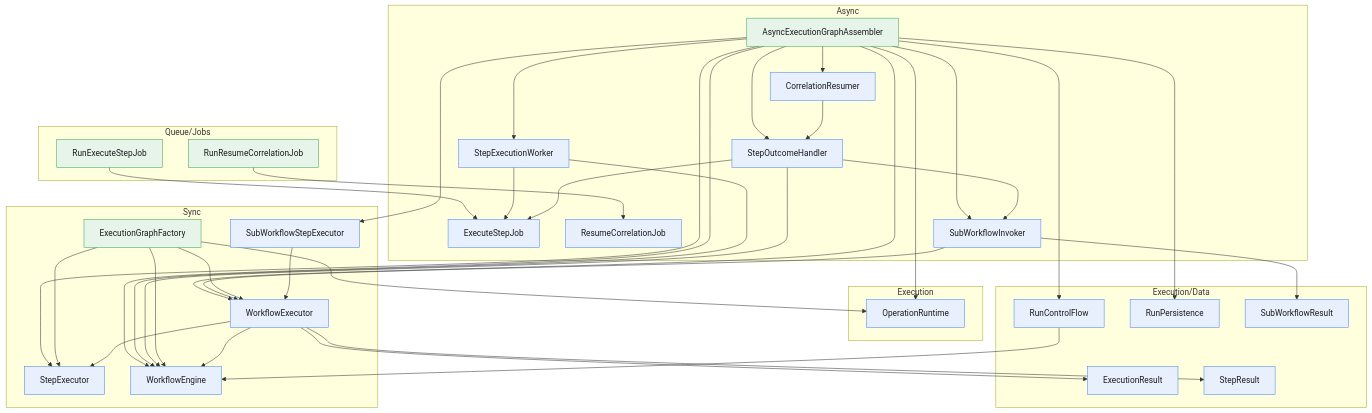
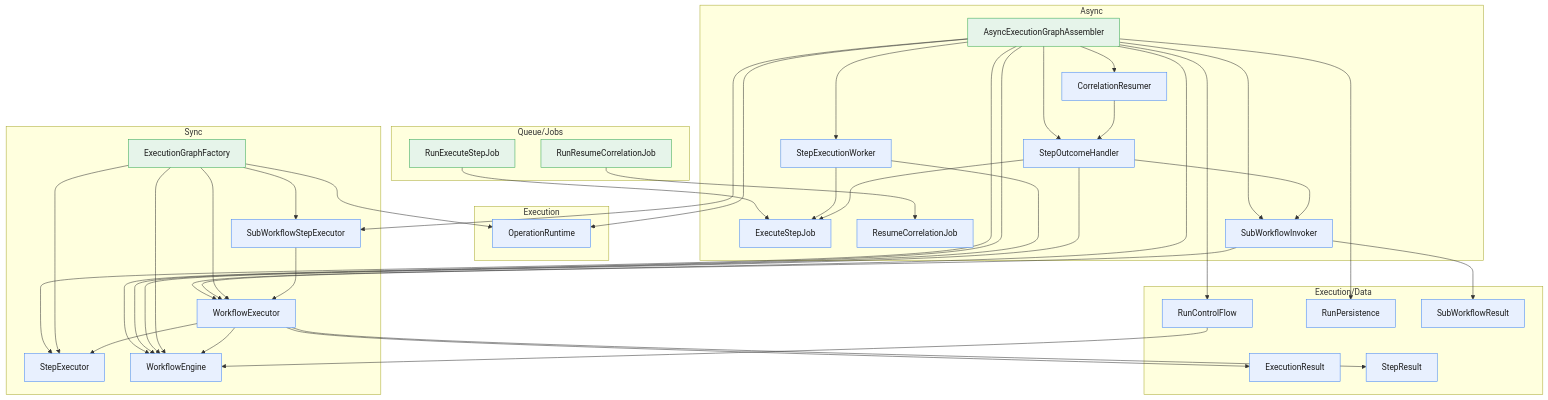
One commit to Mohammed-Alama/php-arazzo changed the diagram in docs/generated/pipeline-flow.md. Above: the diagram before and after it, drawn with Mermaid. The commit also changed other lines of this file and 14 other files, not shown here.

````diff
--- a/docs/generated/pipeline-flow.md
+++ b/docs/generated/pipeline-flow.md
@@ -12,67 +12,68 @@
 ```mermaid
 flowchart TD
     subgraph G_Async["Async"]
         Alama_Arazzo_Runner_Async_AsyncExecutionGraphAssembler["AsyncExecutionGraphAssembler"]:::entry
         Alama_Arazzo_Runner_Async_CorrelationResumer["CorrelationResumer"]:::service
         Alama_Arazzo_Runner_Async_ExecuteStepJob["ExecuteStepJob"]:::service
         Alama_Arazzo_Runner_Async_ResumeCorrelationJob["ResumeCorrelationJob"]:::service
         Alama_Arazzo_Runner_Async_StepExecutionWorker["StepExecutionWorker"]:::service
         Alama_Arazzo_Runner_Async_StepOutcomeHandler["StepOutcomeHandler"]:::service
         Alama_Arazzo_Runner_Async_SubWorkflowInvoker["SubWorkflowInvoker"]:::service
     end
     subgraph G_Execution["Execution"]
         Alama_Arazzo_Runner_Execution_OperationRuntime["OperationRuntime"]:::service
     end
     subgraph G_Execution_Data["Execution/Data"]
         Alama_Arazzo_Runner_Execution_Data_ExecutionResult["ExecutionResult"]:::service
         Alama_Arazzo_Runner_Execution_Data_RunControlFlow["RunControlFlow"]:::service
         Alama_Arazzo_Runner_Execution_Data_RunPersistence["RunPersistence"]:::service
         Alama_Arazzo_Runner_Execution_Data_StepResult["StepResult"]:::service
         Alama_Arazzo_Runner_Execution_Data_SubWorkflowResult["SubWorkflowResult"]:::service
     end
     subgraph G_Queue_Jobs["Queue/Jobs"]
         Alama_Arazzo_Laravel_Queue_Jobs_RunExecuteStepJob["RunExecuteStepJob"]:::entry
         Alama_Arazzo_Laravel_Queue_Jobs_RunResumeCorrelationJob["RunResumeCorrelationJob"]:::entry
     end
     subgraph G_Sync["Sync"]
         Alama_Arazzo_Runner_Sync_ExecutionGraphFactory["ExecutionGraphFactory"]:::entry
         Alama_Arazzo_Runner_Sync_StepExecutor["StepExecutor"]:::service
         Alama_Arazzo_Runner_Sync_SubWorkflowStepExecutor["SubWorkflowStepExecutor"]:::service
         Alama_Arazzo_Runner_Sync_WorkflowEngine["WorkflowEngine"]:::service
         Alama_Arazzo_Runner_Sync_WorkflowExecutor["WorkflowExecutor"]:::service
     end
     Alama_Arazzo_Laravel_Queue_Jobs_RunExecuteStepJob --> Alama_Arazzo_Runner_Async_ExecuteStepJob
     Alama_Arazzo_Laravel_Queue_Jobs_RunResumeCorrelationJob --> Alama_Arazzo_Runner_Async_ResumeCorrelationJob
     Alama_Arazzo_Runner_Async_AsyncExecutionGraphAssembler --> Alama_Arazzo_Runner_Async_CorrelationResumer
     Alama_Arazzo_Runner_Async_AsyncExecutionGraphAssembler --> Alama_Arazzo_Runner_Async_StepExecutionWorker
     Alama_Arazzo_Runner_Async_AsyncExecutionGraphAssembler --> Alama_Arazzo_Runner_Async_StepOutcomeHandler
     Alama_Arazzo_Runner_Async_AsyncExecutionGraphAssembler --> Alama_Arazzo_Runner_Async_SubWorkflowInvoker
     Alama_Arazzo_Runner_Async_AsyncExecutionGraphAssembler --> Alama_Arazzo_Runner_Execution_Data_RunControlFlow
     Alama_Arazzo_Runner_Async_AsyncExecutionGraphAssembler --> Alama_Arazzo_Runner_Execution_Data_RunPersistence
     Alama_Arazzo_Runner_Async_AsyncExecutionGraphAssembler --> Alama_Arazzo_Runner_Execution_OperationRuntime
     Alama_Arazzo_Runner_Async_AsyncExecutionGraphAssembler --> Alama_Arazzo_Runner_Sync_StepExecutor
     Alama_Arazzo_Runner_Async_AsyncExecutionGraphAssembler --> Alama_Arazzo_Runner_Sync_SubWorkflowStepExecutor
     Alama_Arazzo_Runner_Async_AsyncExecutionGraphAssembler --> Alama_Arazzo_Runner_Sync_WorkflowEngine
     Alama_Arazzo_Runner_Async_AsyncExecutionGraphAssembler --> Alama_Arazzo_Runner_Sync_WorkflowExecutor
     Alama_Arazzo_Runner_Async_CorrelationResumer --> Alama_Arazzo_Runner_Async_StepOutcomeHandler
     Alama_Arazzo_Runner_Async_StepExecutionWorker --> Alama_Arazzo_Runner_Async_ExecuteStepJob
     Alama_Arazzo_Runner_Async_StepExecutionWorker --> Alama_Arazzo_Runner_Sync_WorkflowEngine
     Alama_Arazzo_Runner_Async_StepOutcomeHandler --> Alama_Arazzo_Runner_Async_ExecuteStepJob
     Alama_Arazzo_Runner_Async_StepOutcomeHandler --> Alama_Arazzo_Runner_Async_SubWorkflowInvoker
     Alama_Arazzo_Runner_Async_StepOutcomeHandler --> Alama_Arazzo_Runner_Sync_WorkflowEngine
     Alama_Arazzo_Runner_Async_SubWorkflowInvoker --> Alama_Arazzo_Runner_Execution_Data_SubWorkflowResult
     Alama_Arazzo_Runner_Async_SubWorkflowInvoker --> Alama_Arazzo_Runner_Sync_WorkflowExecutor
     Alama_Arazzo_Runner_Execution_Data_RunControlFlow --> Alama_Arazzo_Runner_Sync_WorkflowEngine
     Alama_Arazzo_Runner_Sync_ExecutionGraphFactory --> Alama_Arazzo_Runner_Execution_OperationRuntime
     Alama_Arazzo_Runner_Sync_ExecutionGraphFactory --> Alama_Arazzo_Runner_Sync_StepExecutor
+    Alama_Arazzo_Runner_Sync_ExecutionGraphFactory --> Alama_Arazzo_Runner_Sync_SubWorkflowStepExecutor
     Alama_Arazzo_Runner_Sync_ExecutionGraphFactory --> Alama_Arazzo_Runner_Sync_WorkflowEngine
     Alama_Arazzo_Runner_Sync_ExecutionGraphFactory --> Alama_Arazzo_Runner_Sync_WorkflowExecutor
     Alama_Arazzo_Runner_Sync_SubWorkflowStepExecutor --> Alama_Arazzo_Runner_Sync_WorkflowExecutor
     Alama_Arazzo_Runner_Sync_WorkflowExecutor --> Alama_Arazzo_Runner_Execution_Data_ExecutionResult
     Alama_Arazzo_Runner_Sync_WorkflowExecutor --> Alama_Arazzo_Runner_Execution_Data_StepResult
     Alama_Arazzo_Runner_Sync_WorkflowExecutor --> Alama_Arazzo_Runner_Sync_StepExecutor
     Alama_Arazzo_Runner_Sync_WorkflowExecutor --> Alama_Arazzo_Runner_Sync_WorkflowEngine
     classDef entry fill:#e6f4ea,stroke:#34a853,color:#1a1a1a;
     classDef service fill:#e8f0fe,stroke:#4285f4,color:#1a1a1a;
     classDef laravelNode fill:#fef7e0,stroke:#f9ab00,color:#1a1a1a;
 ```
````
